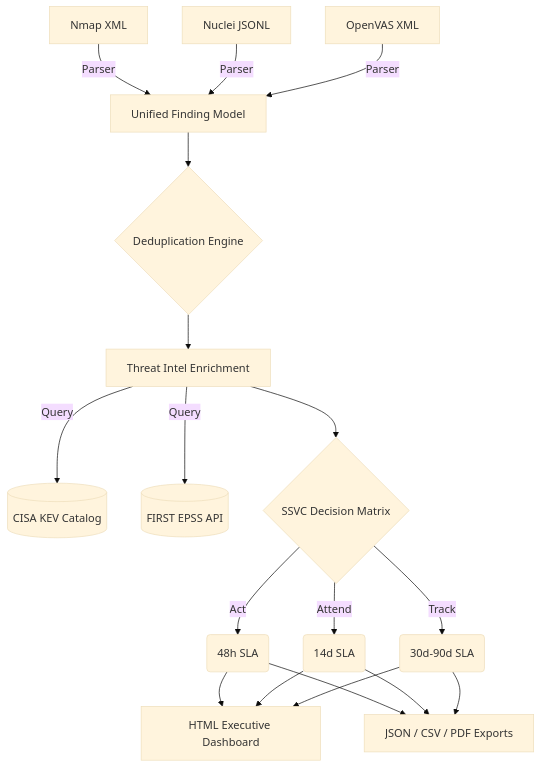
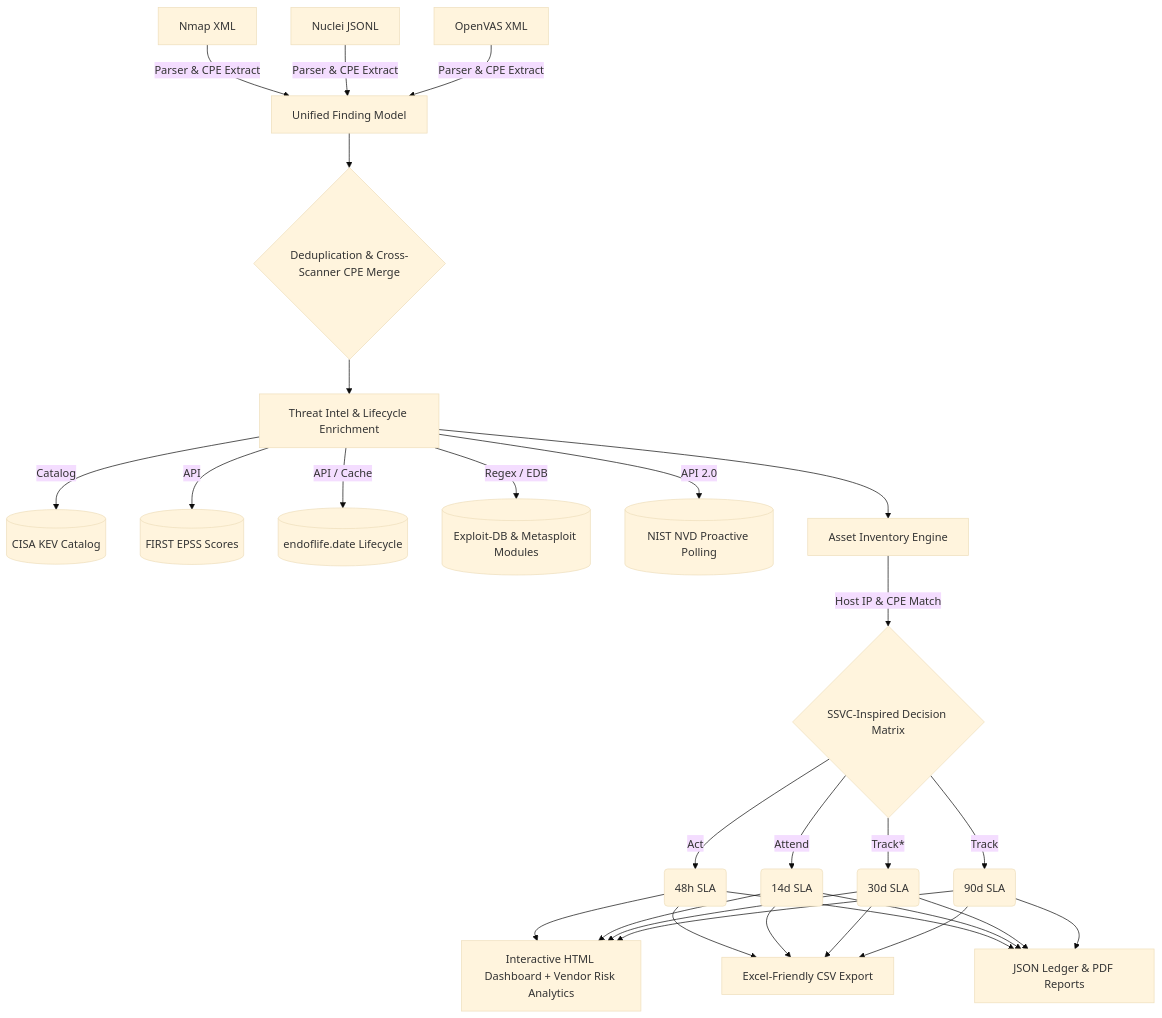
One commit to alrightatharva/vuln2risk changed the diagram in README.md. Above: the diagram before and after it, drawn with Mermaid (base theme). The commit also changed other lines of this file and 22 other files, not shown here.

Commit message:
feat: implement CPE parsing, asset inventory matching, and threat intel enhancements

````diff
--- a/README.md
+++ b/README.md
@@ -25,26 +82,27 @@
 ```mermaid
 graph TD
-    A[Nmap XML] -->|Parser| D[Unified Finding Model]
-    B[Nuclei JSONL] -->|Parser| D
-    C[OpenVAS XML] -->|Parser| D
+    A[Nmap XML] -->|Parser & CPE Extract| D[Unified Finding Model]
+    B[Nuclei JSONL] -->|Parser & CPE Extract| D
+    C[OpenVAS XML] -->|Parser & CPE Extract| D
 
-    D --> E{Deduplication Engine}
-    E --> F[Threat Intel Enrichment]
+    D --> E{Deduplication & Cross-Scanner CPE Merge}
+    E --> F[Threat Intel & Lifecycle Enrichment]
 
-    F -->|Query| G[(CISA KEV Catalog)]
-    F -->|Query| H[(FIRST EPSS API)]
+    F -->|Catalog| G[(CISA KEV Catalog)]
+    F -->|API| H[(FIRST EPSS Scores)]
+    F -->|API / Cache| O[(endoflife.date Lifecycle)]
+    F -->|Regex / EDB| P[(Exploit-DB & Metasploit Modules)]
+    F -->|API 2.0| Q[(NIST NVD Proactive Polling)]
 
-    F --> I{SSVC Decision Matrix}
+    F --> I[Asset Inventory Engine]
+    I -->|Host IP & CPE Match| J{SSVC-Inspired Decision Matrix}
 
-    I -->|Act| J(48h SLA)
-    I -->|Attend| K(14d SLA)
-    I -->|Track| L(30d-90d SLA)
+    J -->|Act| K(48h SLA)
+    J -->|Attend| L(14d SLA)
+    J -->|Track*| M(30d SLA)
+    J -->|Track| N(90d SLA)
 
-    J --> M[HTML Executive Dashboard]
-    K --> M
-    L --> M
-
-    J --> N[JSON / CSV / PDF Exports]
-    K --> N
-    L --> N
+    K & L & M & N --> R[Interactive HTML Dashboard + Vendor Risk Analytics]
+    K & L & M & N --> S[Excel-Friendly CSV Export]
+    K & L & M & N --> T[JSON Ledger & PDF Reports]
 ```
````
